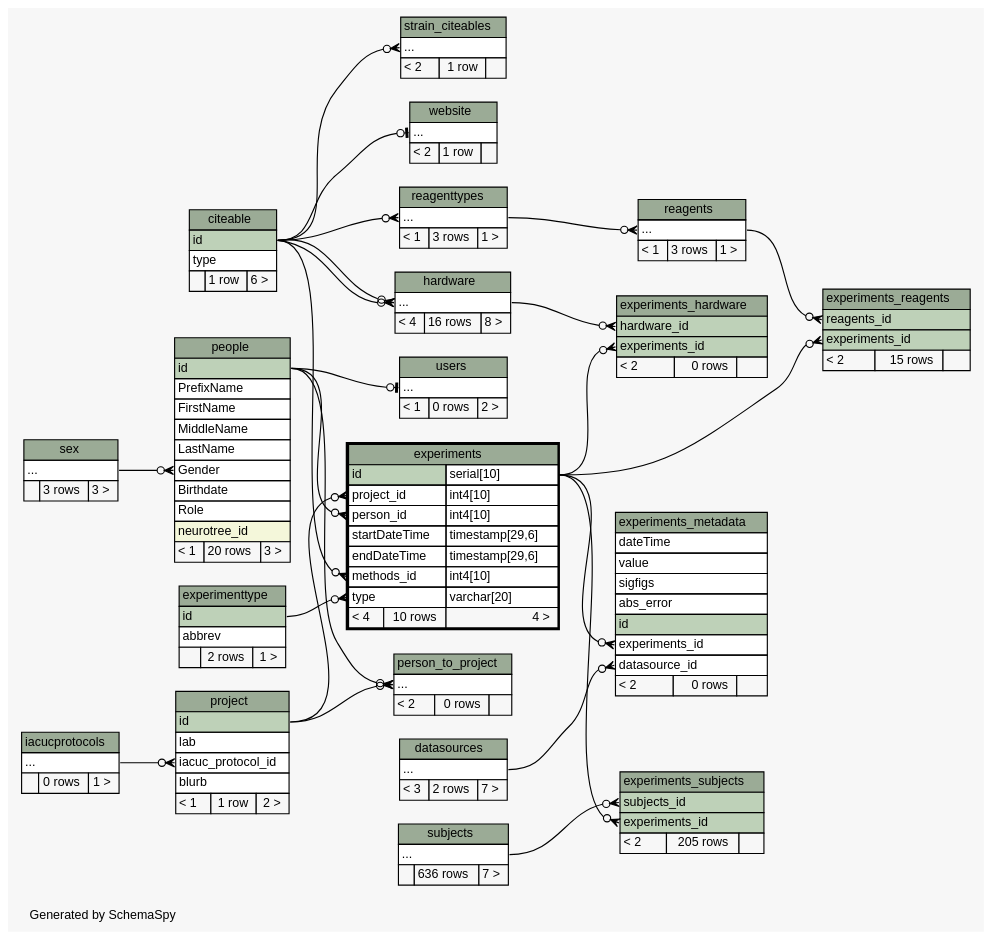
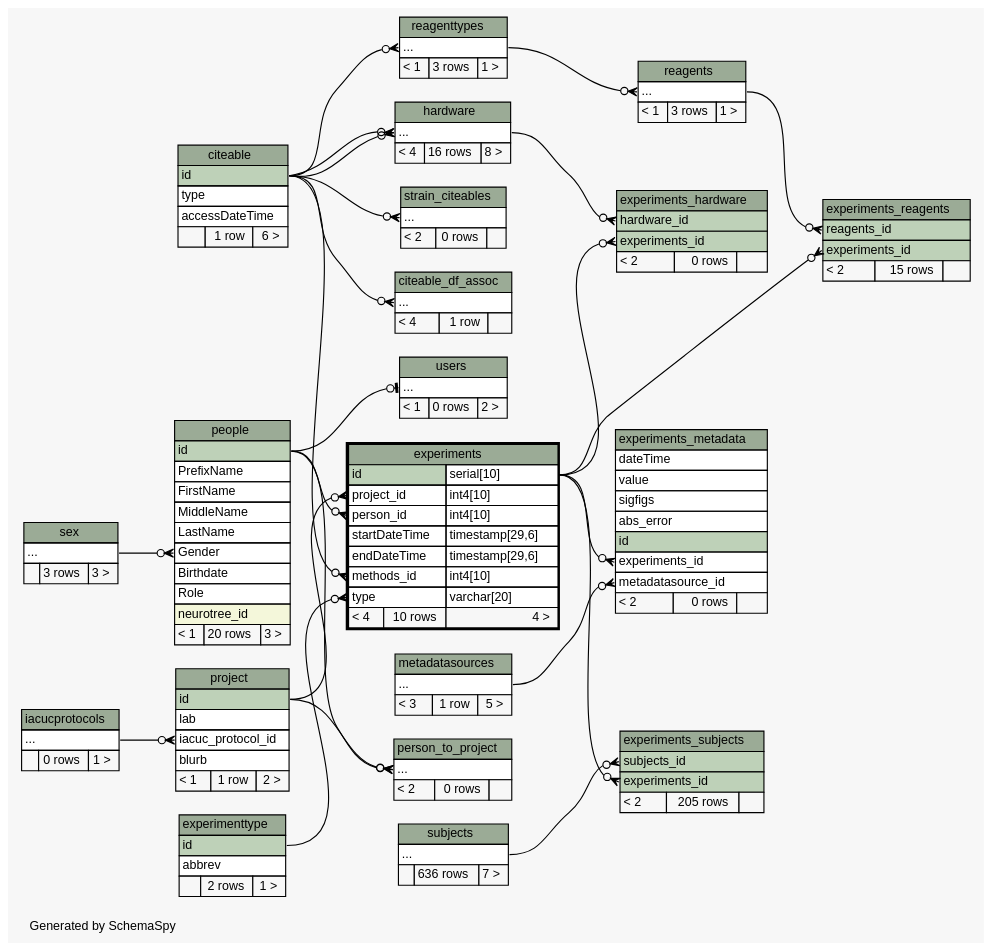
Before and after one commit to tgbugs/mlab: the diagram in database/ss/diagrams/experiments.2degrees.dot, drawn with Graphviz. The commit also changed 185 other files, not shown here.

```diff
--- a/database/ss/diagrams/experiments.2degrees.dot
+++ b/database/ss/diagrams/experiments.2degrees.dot
@@ -19,14 +19,15 @@
   edge [
     arrowsize="0.8"
   ];
+  "citeable_df_assoc":"elipses":w -> "citeable":"id":e [arrowhead=none dir=back arrowtail=crowodot];
   "experiments":"methods_id":w -> "citeable":"id":e [arrowhead=none dir=back arrowtail=crowodot];
   "experiments":"person_id":w -> "people":"id":e [arrowhead=none dir=back arrowtail=crowodot];
   "experiments":"project_id":w -> "project":"id":e [arrowhead=none dir=back arrowtail=crowodot];
   "experiments":"type":w -> "experimenttype":"id":e [arrowhead=none dir=back arrowtail=crowodot];
   "experiments_hardware":"experiments_id":w -> "experiments":"id.type":e [arrowhead=none dir=back arrowtail=crowodot];
   "experiments_hardware":"hardware_id":w -> "hardware":"elipses":e [arrowhead=none dir=back arrowtail=crowodot];
-  "experiments_metadata":"datasource_id":w -> "datasources":"elipses":e [arrowhead=none dir=back arrowtail=crowodot];
   "experiments_metadata":"experiments_id":w -> "experiments":"id.type":e [arrowhead=none dir=back arrowtail=crowodot];
+  "experiments_metadata":"metadatasource_id":w -> "metadatasources":"elipses":e [arrowhead=none dir=back arrowtail=crowodot];
   "experiments_reagents":"experiments_id":w -> "experiments":"id.type":e [arrowhead=none dir=back arrowtail=crowodot];
   "experiments_reagents":"reagents_id":w -> "reagents":"elipses":e [arrowhead=none dir=back arrowtail=crowodot];
   "experiments_subjects":"experiments_id":w -> "experiments":"id.type":e [arrowhead=none dir=back arrowtail=crowodot];
@@ -41,27 +42,27 @@
   "reagenttypes":"elipses":w -> "citeable":"id":e [arrowhead=none dir=back arrowtail=crowodot];
   "strain_citeables":"elipses":w -> "citeable":"id":e [arrowhead=none dir=back arrowtail=crowodot];
   "users":"elipses":w -> "people":"id":e [arrowhead=none dir=back arrowtail=teeodot];
-  "website":"elipses":w -> "citeable":"id":e [arrowhead=none dir=back arrowtail=teeodot];
   "citeable" [
     label=<
     <TABLE BORDER="0" CELLBORDER="1" CELLSPACING="0" BGCOLOR="#ffffff">
       <TR><TD COLSPAN="3" BGCOLOR="#9bab96" ALIGN="CENTER">citeable</TD></TR>
       <TR><TD PORT="id" COLSPAN="3" BGCOLOR="#bed1b8" ALIGN="LEFT">id</TD></TR>
       <TR><TD PORT="type" COLSPAN="3" ALIGN="LEFT">type</TD></TR>
+      <TR><TD PORT="accessDateTime" COLSPAN="3" ALIGN="LEFT">accessDateTime</TD></TR>
       <TR><TD ALIGN="LEFT" BGCOLOR="#f7f7f7">  </TD><TD ALIGN="RIGHT" BGCOLOR="#f7f7f7">1 row</TD><TD ALIGN="RIGHT" BGCOLOR="#f7f7f7">6 &gt;</TD></TR>
     </TABLE>>
     URL="citeable.html"
     tooltip="citeable"
   ];
-  "datasources" [
+  "citeable_df_assoc" [
     label=<
     <TABLE BORDER="0" CELLBORDER="1" CELLSPACING="0" BGCOLOR="#ffffff">
-      <TR><TD COLSPAN="3" BGCOLOR="#9bab96" ALIGN="CENTER">datasources</TD></TR>
+      <TR><TD COLSPAN="3" BGCOLOR="#9bab96" ALIGN="CENTER">citeable_df_assoc</TD></TR>
       <TR><TD PORT="elipses" COLSPAN="3" ALIGN="LEFT">...</TD></TR>
-      <TR><TD ALIGN="LEFT" BGCOLOR="#f7f7f7">&lt; 3</TD><TD ALIGN="RIGHT" BGCOLOR="#f7f7f7">2 rows</TD><TD ALIGN="RIGHT" BGCOLOR="#f7f7f7">7 &gt;</TD></TR>
+      <TR><TD ALIGN="LEFT" BGCOLOR="#f7f7f7">&lt; 4</TD><TD ALIGN="RIGHT" BGCOLOR="#f7f7f7">1 row</TD><TD ALIGN="RIGHT" BGCOLOR="#f7f7f7">  </TD></TR>
     </TABLE>>
-    URL="datasources.html"
-    tooltip="datasources"
+    URL="citeable_df_assoc.html"
+    tooltip="citeable_df_assoc"
   ];
   "experiments" [
     label=<
@@ -100,7 +101,7 @@
       <TR><TD PORT="abs_error" COLSPAN="3" ALIGN="LEFT">abs_error</TD></TR>
       <TR><TD PORT="id" COLSPAN="3" BGCOLOR="#bed1b8" ALIGN="LEFT">id</TD></TR>
       <TR><TD PORT="experiments_id" COLSPAN="3" ALIGN="LEFT">experiments_id</TD></TR>
-      <TR><TD PORT="datasource_id" COLSPAN="3" ALIGN="LEFT">datasource_id</TD></TR>
+      <TR><TD PORT="metadatasource_id" COLSPAN="3" ALIGN="LEFT">metadatasource_id</TD></TR>
       <TR><TD ALIGN="LEFT" BGCOLOR="#f7f7f7">&lt; 2</TD><TD ALIGN="RIGHT" BGCOLOR="#f7f7f7">0 rows</TD><TD ALIGN="RIGHT" BGCOLOR="#f7f7f7">  </TD></TR>
     </TABLE>>
     URL="experiments_metadata.html"
@@ -158,6 +159,16 @@
     </TABLE>>
     URL="iacucprotocols.html"
     tooltip="iacucprotocols"
+  ];
+  "metadatasources" [
+    label=<
+    <TABLE BORDER="0" CELLBORDER="1" CELLSPACING="0" BGCOLOR="#ffffff">
+      <TR><TD COLSPAN="3" BGCOLOR="#9bab96" ALIGN="CENTER">metadatasources</TD></TR>
+      <TR><TD PORT="elipses" COLSPAN="3" ALIGN="LEFT">...</TD></TR>
+      <TR><TD ALIGN="LEFT" BGCOLOR="#f7f7f7">&lt; 3</TD><TD ALIGN="RIGHT" BGCOLOR="#f7f7f7">1 row</TD><TD ALIGN="RIGHT" BGCOLOR="#f7f7f7">5 &gt;</TD></TR>
+    </TABLE>>
+    URL="metadatasources.html"
+    tooltip="metadatasources"
   ];
   "people" [
     label=<
@@ -235,7 +246,7 @@
     <TABLE BORDER="0" CELLBORDER="1" CELLSPACING="0" BGCOLOR="#ffffff">
       <TR><TD COLSPAN="3" BGCOLOR="#9bab96" ALIGN="CENTER">strain_citeables</TD></TR>
       <TR><TD PORT="elipses" COLSPAN="3" ALIGN="LEFT">...</TD></TR>
-      <TR><TD ALIGN="LEFT" BGCOLOR="#f7f7f7">&lt; 2</TD><TD ALIGN="RIGHT" BGCOLOR="#f7f7f7">1 row</TD><TD ALIGN="RIGHT" BGCOLOR="#f7f7f7">  </TD></TR>
+      <TR><TD ALIGN="LEFT" BGCOLOR="#f7f7f7">&lt; 2</TD><TD ALIGN="RIGHT" BGCOLOR="#f7f7f7">0 rows</TD><TD ALIGN="RIGHT" BGCOLOR="#f7f7f7">  </TD></TR>
     </TABLE>>
     URL="strain_citeables.html"
     tooltip="strain_citeables"
@@ -260,14 +271,4 @@
     URL="users.html"
     tooltip="users"
   ];
-  "website" [
-    label=<
-    <TABLE BORDER="0" CELLBORDER="1" CELLSPACING="0" BGCOLOR="#ffffff">
-      <TR><TD COLSPAN="3" BGCOLOR="#9bab96" ALIGN="CENTER">website</TD></TR>
-      <TR><TD PORT="elipses" COLSPAN="3" ALIGN="LEFT">...</TD></TR>
-      <TR><TD ALIGN="LEFT" BGCOLOR="#f7f7f7">&lt; 2</TD><TD ALIGN="RIGHT" BGCOLOR="#f7f7f7">1 row</TD><TD ALIGN="RIGHT" BGCOLOR="#f7f7f7">  </TD></TR>
-    </TABLE>>
-    URL="website.html"
-    tooltip="website"
-  ];
 }
```
